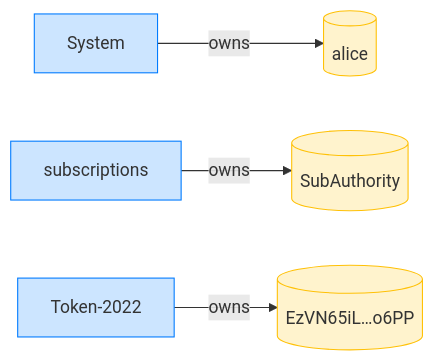
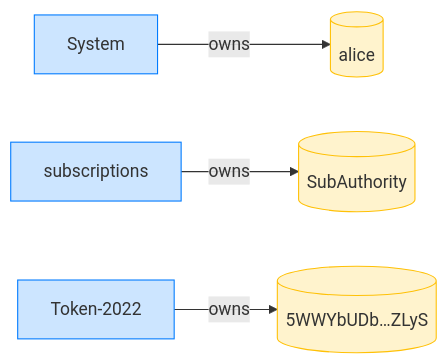
The fourth of 4 diagrams in dsl_tests/initialize-over-a-token-2022-mint---transferhook--.md (cds-rs/subscriptions), drawn with Mermaid before and after one commit. The commit also changed other lines of this file and 224 other files, not shown here.

````diff
--- a/dsl_tests/initialize-over-a-token-2022-mint---transferhook--.md
+++ b/dsl_tests/initialize-over-a-token-2022-mint---transferhook--.md
@@ -73,14 +78,14 @@
 ```mermaid
 flowchart LR
     classDef owner fill:#cce5ff,stroke:#007bff;
     classDef account fill:#fff3cd,stroke:#ffc107;
     System[System]:::owner
     alice[(alice)]:::account
     subscriptions[subscriptions]:::owner
     SubAuthority[(SubAuthority)]:::account
     Token_2022["Token-2022"]:::owner
-    EzVN65iL_o6PP[("EzVN65iL…o6PP")]:::account
+    5WWYbUDb_ZLyS[("5WWYbUDb…ZLyS")]:::account
     System -->|owns| alice
     subscriptions -->|owns| SubAuthority
-    Token_2022 -->|owns| EzVN65iL_o6PP
+    Token_2022 -->|owns| 5WWYbUDb_ZLyS
 ```
````
